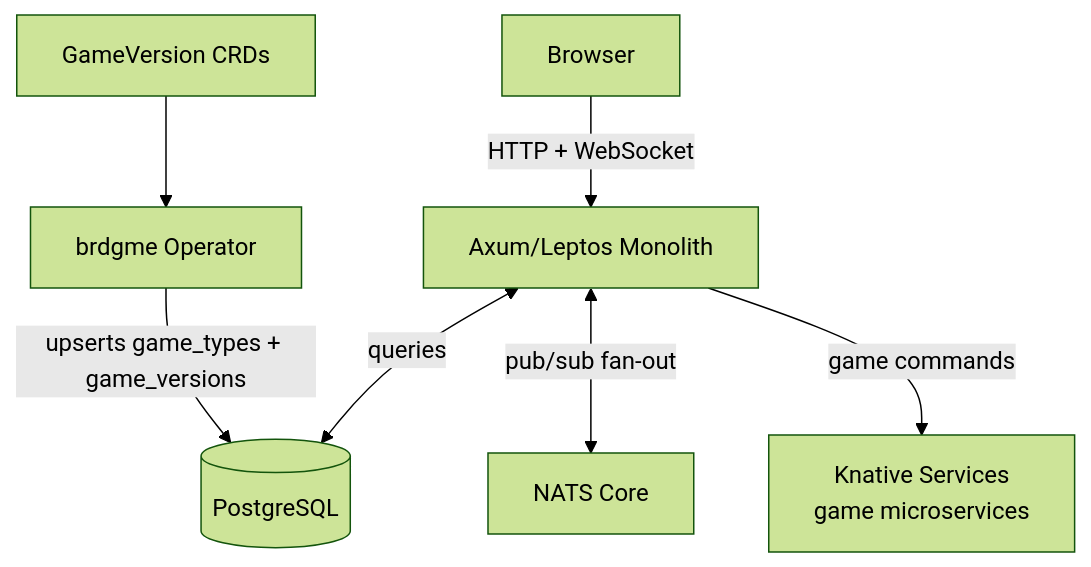
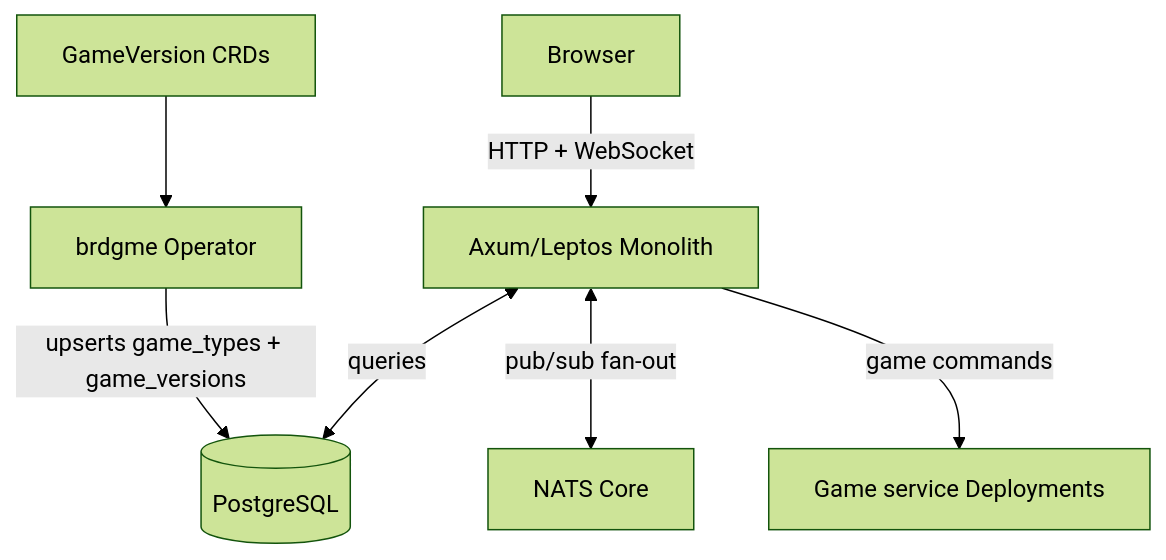
The first of 2 diagrams in docs/ARCHITECTURE.md (brdgme/brdgme), drawn with Mermaid (forest theme) before and after one commit. The commit also changed other lines of this file and 3 other files, not shown here.

````diff
--- a/docs/ARCHITECTURE.md
+++ b/docs/ARCHITECTURE.md
@@ -13,17 +13,17 @@
 ```mermaid
 graph TD
     Browser[Browser]
     Monolith[Axum/Leptos Monolith]
     PG[(PostgreSQL)]
     NATS[NATS Core]
-    Knative[Knative Services\ngame microservices]
+    Games[Game service Deployments]
     Operator[brdgme Operator]
     CRDs[GameVersion CRDs]
 
     Browser -->|HTTP + WebSocket| Monolith
     Monolith <-->|queries| PG
     Monolith <-->|pub/sub fan-out| NATS
-    Monolith -->|game commands| Knative
+    Monolith -->|game commands| Games
     CRDs --> Operator
     Operator -->|upserts game_types + game_versions| PG
 ```
````
